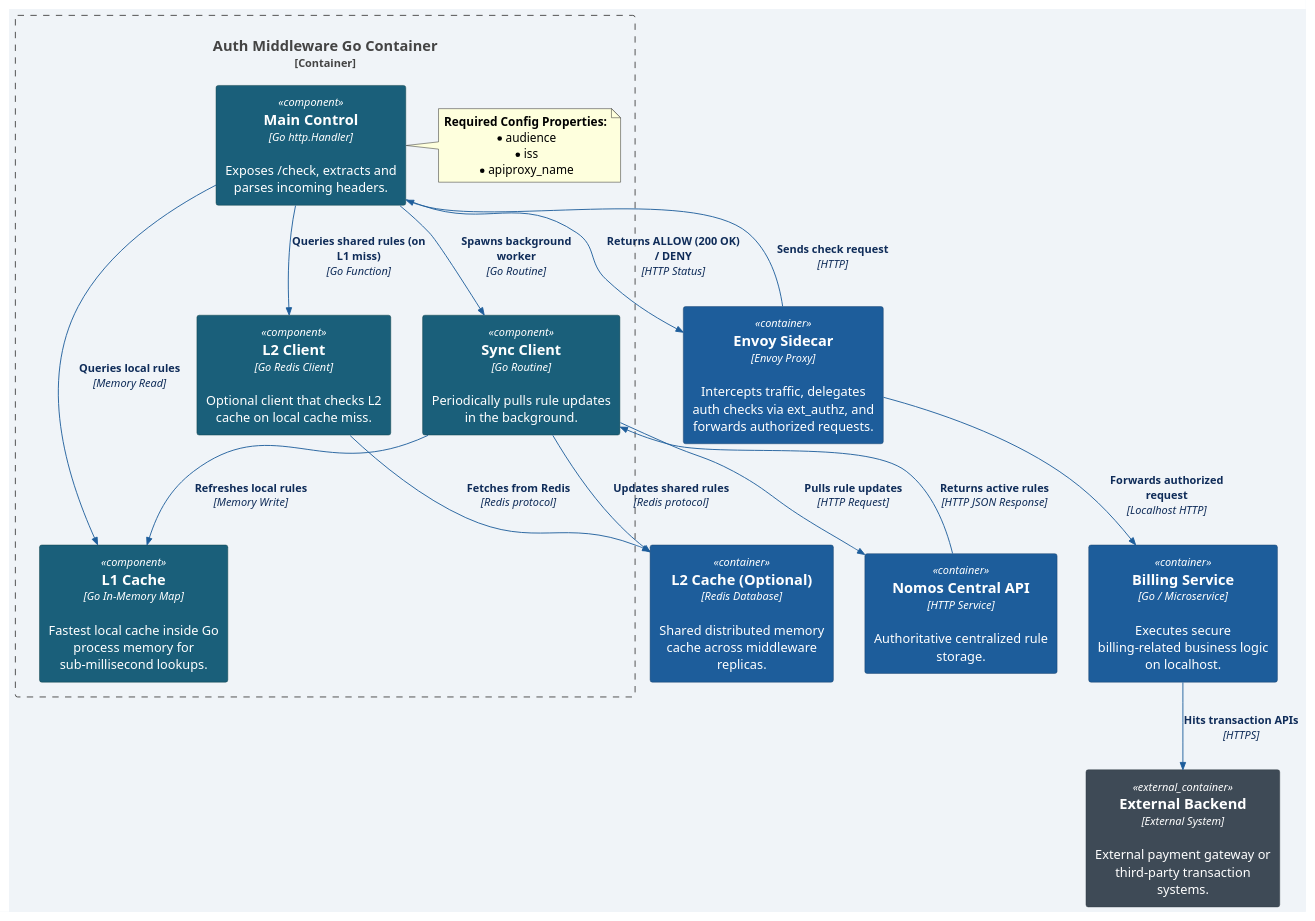
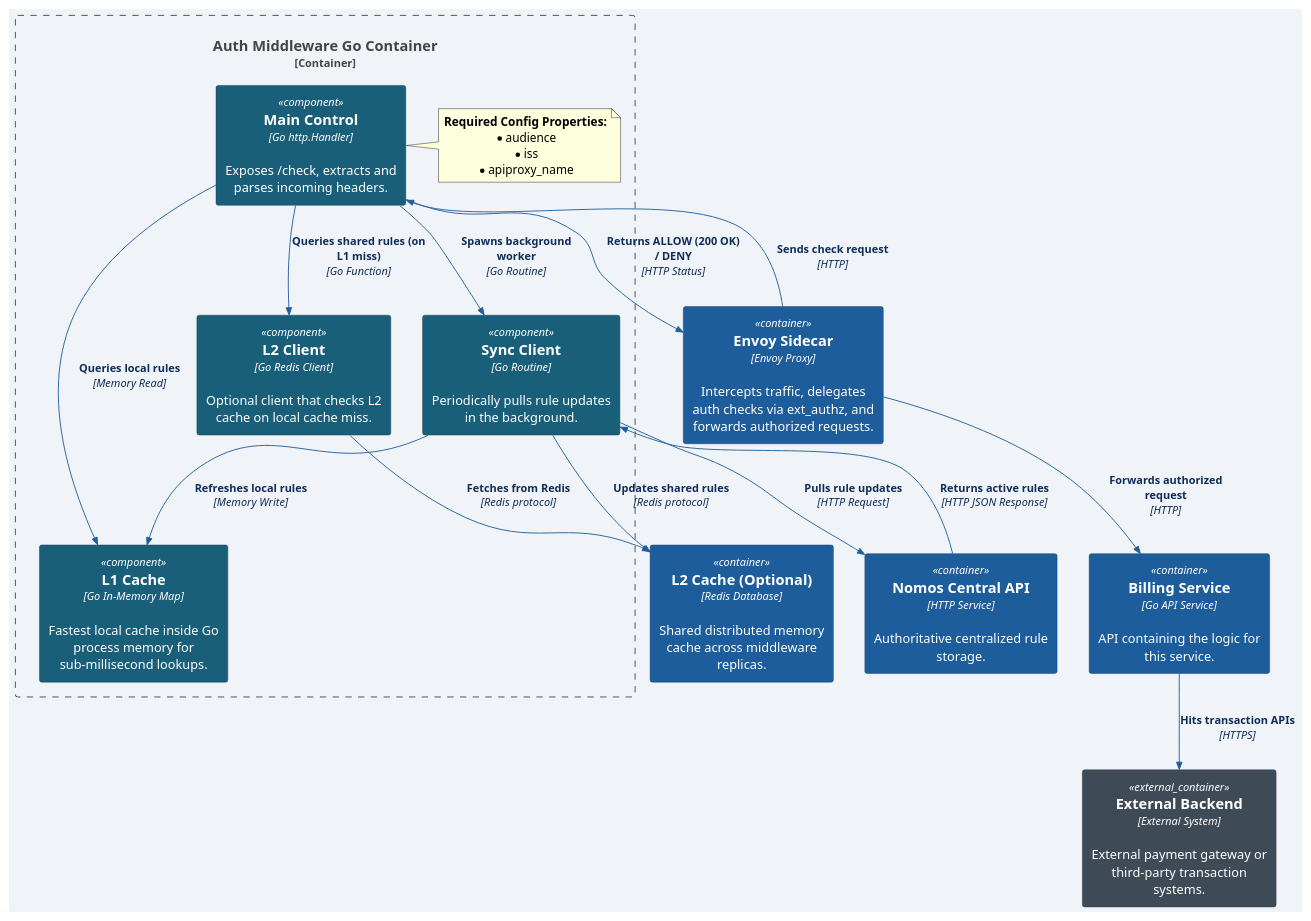
Before and after one commit to kiquetal/kiquetal.github.io: the diagram in public/blog/2026-08-08-auth-ext-middleware/c3-component.puml, drawn with PlantUML. The commit also changed 1 other file, not shown here.

Commit message:
feat: update C4 diagrams to reflect changes in backend service description and request forwarding

```diff
--- a/public/blog/2026-08-08-auth-ext-middleware/c3-component.puml
+++ b/public/blog/2026-08-08-auth-ext-middleware/c3-component.puml
@@ -1,71 +1,71 @@
 @startuml
 !include <C4/C4_Component>
 
 skinparam backgroundcolor #F0F4F8
 skinparam DefaultFontName "Courier New"
 
 skinparam rectangle<<person>> {
     BackgroundColor #0F2C59
     FontColor #FFFFFF
     BorderColor #1A5F7A
 }
 skinparam rectangle<<external_person>> {
     BackgroundColor #3E4A56
     FontColor #FFFFFF
     BorderColor #2F3A44
 }
 skinparam rectangle<<container>> {
     BackgroundColor #1D5D9B
     FontColor #FFFFFF
     BorderColor #143F6B
 }
 skinparam rectangle<<external_container>> {
     BackgroundColor #3E4A56
     FontColor #FFFFFF
     BorderColor #2F3A44
 }
 skinparam rectangle<<component>> {
     BackgroundColor #1A5F7A
     FontColor #FFFFFF
     BorderColor #0D3E46
 }
 skinparam arrow {
     Color #1D5D9B
     FontColor #0F2C59
 }
 
 Container(sidecar, "Envoy Sidecar", "Envoy Proxy", "Intercepts traffic, delegates auth checks via ext_authz, and forwards authorized requests.")
-Container(backend, "Billing Service", "Go / Microservice", "Executes secure billing-related business logic on localhost.")
+Container(backend, "Billing Service", "Go API Service", "API containing the logic for this service.")
 Container_Ext(ext_backend, "External Backend", "External System", "External payment gateway or third-party transaction systems.")
 
 Container_Boundary(middleware, "Auth Middleware Go Container") {
     Component(router, "Main Control", "Go http.Handler", "Exposes /check, extracts and parses incoming headers.")
     Component(l1, "L1 Cache", "Go In-Memory Map", "Fastest local cache inside Go process memory for sub-millisecond lookups.")
     Component(l2_client, "L2 Client", "Go Redis Client", "Optional client that checks L2 cache on local cache miss.")
     Component(sync, "Sync Client", "Go Routine", "Periodically pulls rule updates in the background.")
     
     note right of router
       **Required Config Properties:**
       * audience
       * iss
       * apiproxy_name
     end note
 }
 
 Container(redis, "L2 Cache (Optional)", "Redis Database", "Shared distributed memory cache across middleware replicas.")
 Container(nomos_api, "Nomos Central API", "HTTP Service", "Authoritative centralized rule storage.")
 
 Rel(sidecar, router, "Sends check request", "HTTP")
 Rel(router, l1, "Queries local rules", "Memory Read")
 Rel(router, l2_client, "Queries shared rules (on L1 miss)", "Go Function")
 Rel(l2_client, redis, "Fetches from Redis", "Redis protocol")
 Rel(sync, nomos_api, "Pulls rule updates", "HTTP Request")
 Rel(nomos_api, sync, "Returns active rules", "HTTP JSON Response")
 Rel(sync, l1, "Refreshes local rules", "Memory Write")
 Rel(sync, redis, "Updates shared rules", "Redis protocol")
 Rel(router, sidecar, "Returns ALLOW (200 OK) / DENY", "HTTP Status")
-Rel(sidecar, backend, "Forwards authorized request", "Localhost HTTP")
+Rel(sidecar, backend, "Forwards authorized request", "HTTP")
 Rel(router, sync, "Spawns background worker", "Go Routine")
 Rel(backend, ext_backend, "Hits transaction APIs", "HTTPS")
 
 @enduml
```
